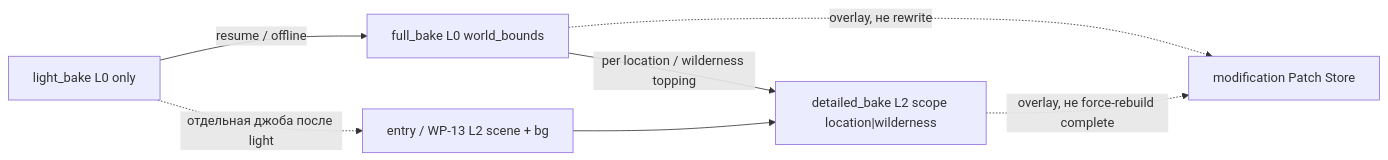
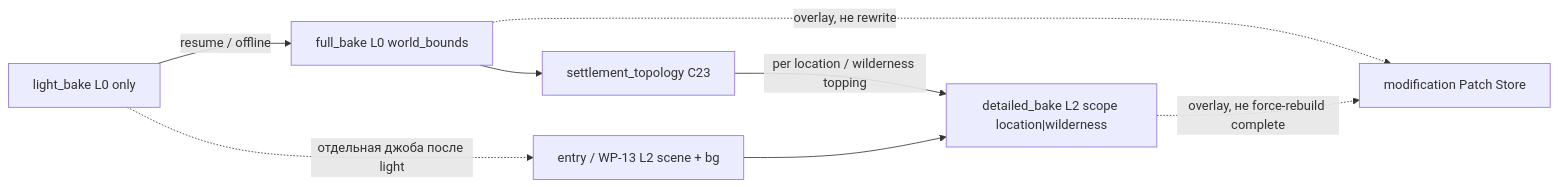
Before and after one commit to AndrewBondaren/AI-Project: the third of 15 diagrams in docs/tz_world_pack_storage.md, drawn with Mermaid. The commit also changed other lines of this file and 33 other files, not shown here.

````diff
--- a/docs/tz_world_pack_storage.md
+++ b/docs/tz_world_pack_storage.md
@@ -453,14 +453,16 @@
 ```mermaid
 flowchart LR
   LB["light_bake L0 only"]
   FB["full_bake L0 world_bounds"]
+  TOPO["settlement_topology C23"]
   DB["detailed_bake L2 scope location|wilderness"]
   EJ["entry / WP-13 L2 scene + bg"]
   MOD["modification Patch Store"]
   LB -->|"resume / offline"| FB
   LB -.->|"отдельная джоба после light"| EJ
-  FB -->|"per location / wilderness topping"| DB
+  FB --> TOPO
+  TOPO -->|"per location / wilderness topping"| DB
   EJ --> DB
   FB -.->|"overlay, не rewrite"| MOD
   DB -.->|"overlay, не force-rebuild complete"| MOD
 ```
````
